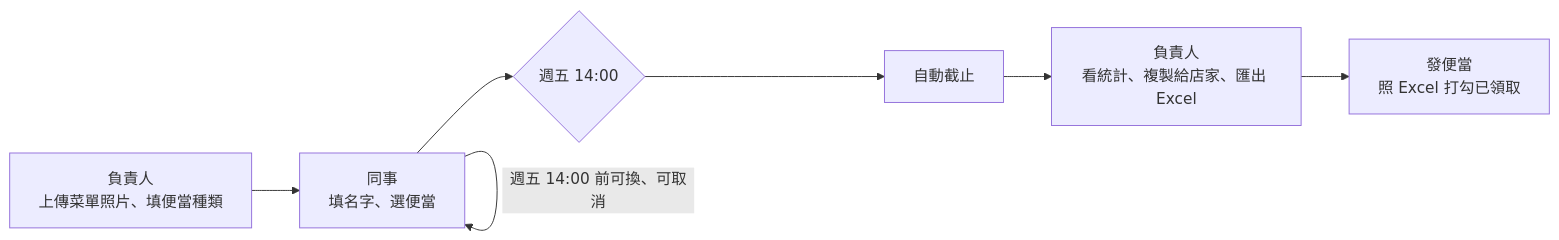
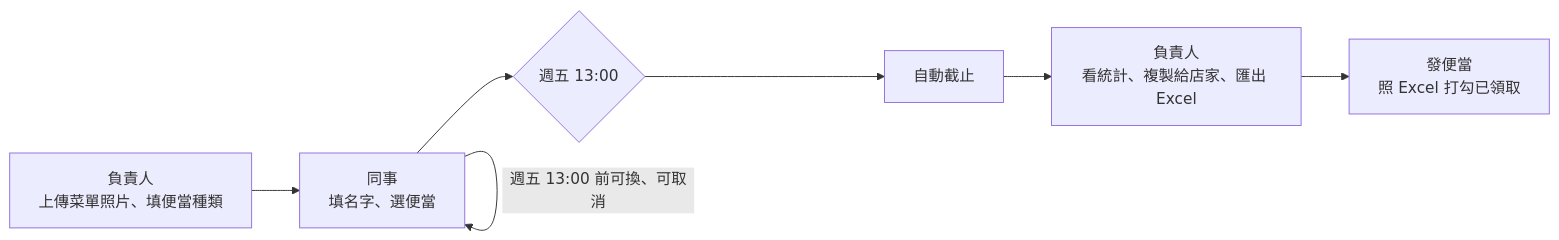
Before and after one commit to duckdev45/dinbendon: the diagram in README.md, drawn with Mermaid. The commit also changed other lines of this file and 31 other files, not shown here.

````diff
--- a/README.md
+++ b/README.md
@@ -5,9 +5,9 @@
 ```mermaid
 flowchart LR
   A[負責人<br/>上傳菜單照片、填便當種類] --> B[同事<br/>填名字、選便當]
-  B -->|週五 14:00 前可換、可取消| B
-  B --> C{週五 14:00}
+  B -->|週五 13:00 前可換、可取消| B
+  B --> C{週五 13:00}
   C --> D[自動截止]
   D --> E[負責人<br/>看統計、複製給店家、匯出 Excel]
   E --> F[發便當<br/>照 Excel 打勾已領取]
 ```
````
